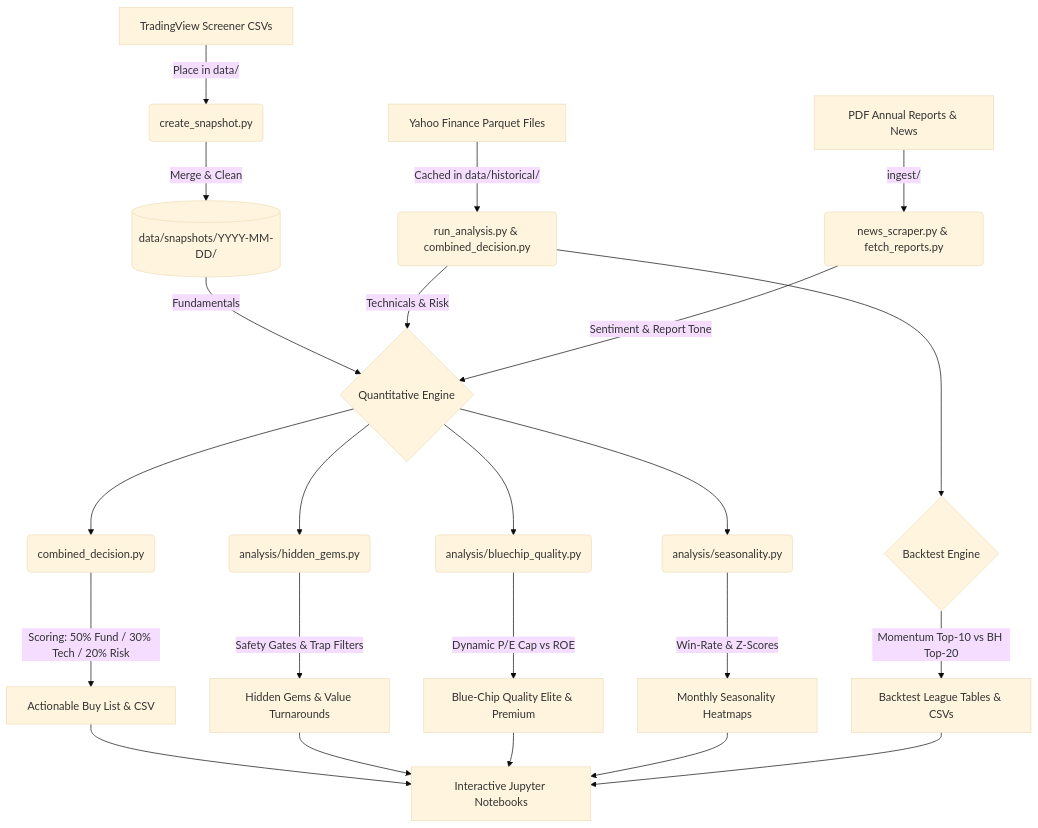
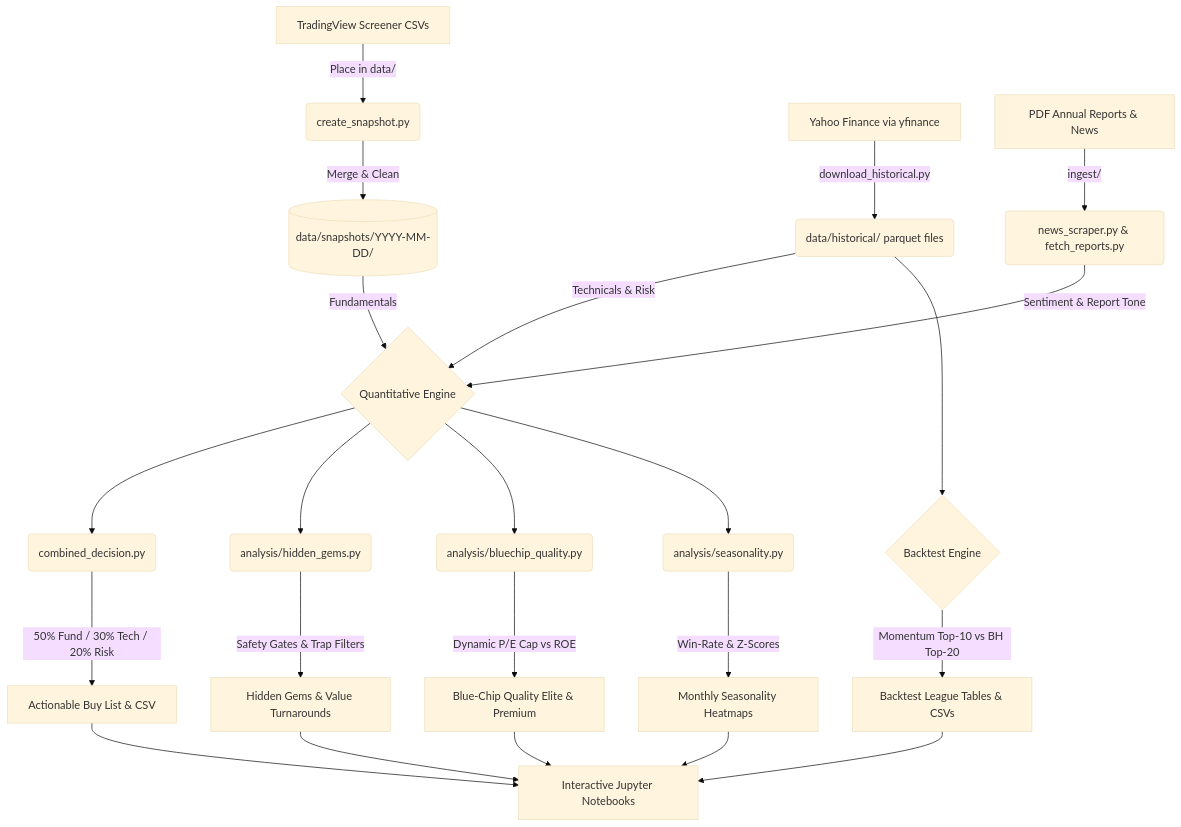
One commit to miztachristian/South-African-Stocks-System changed the diagram in README.md. Above: the diagram before and after it, drawn with Mermaid (base theme). The commit also changed other lines of this file, not shown here.

````diff
--- a/README.md
+++ b/README.md
@@ -13,27 +17,26 @@
 ```mermaid
 graph TD
     A1[TradingView Screener CSVs] -->|Place in data/| B1(create_snapshot.py)
-    A2[Yahoo Finance Parquet Files] -->|Cached in data/historical/| B2(run_analysis.py & combined_decision.py)
+    A2[Yahoo Finance via yfinance] -->|download_historical.py| B2(data/historical/ parquet files)
     A3[PDF Annual Reports & News] -->|ingest/| B3(news_scraper.py & fetch_reports.py)
-    
+
+    B2 -->|Technicals & Risk| D1{Quantitative Engine}
     B1 -->|Merge & Clean| C1[(data/snapshots/YYYY-MM-DD/)]
-    
-    C1 -->|Fundamentals| D1{Quantitative Engine}
-    B2 -->|Technicals & Risk| D1
+    C1 -->|Fundamentals| D1
     B3 -->|Sentiment & Report Tone| D1
-    
+
     D1 --> E1(combined_decision.py)
     D1 --> E2(analysis/hidden_gems.py)
     D1 --> E3(analysis/bluechip_quality.py)
     D1 --> E4(analysis/seasonality.py)
-    
-    E1 -->|Scoring: 50% Fund / 30% Tech / 20% Risk| F1[Actionable Buy List & CSV]
+
+    E1 -->|50% Fund / 30% Tech / 20% Risk| F1[Actionable Buy List & CSV]
     E2 -->|Safety Gates & Trap Filters| F2[Hidden Gems & Value Turnarounds]
     E3 -->|Dynamic P/E Cap vs ROE| F3[Blue-Chip Quality Elite & Premium]
     E4 -->|Win-Rate & Z-Scores| F4[Monthly Seasonality Heatmaps]
-    
+
     B2 --> D2{Backtest Engine}
     D2 -->|Momentum Top-10 vs BH Top-20| G1[Backtest League Tables & CSVs]
-    
+
     F1 & F2 & F3 & F4 & G1 --> H1[Interactive Jupyter Notebooks]
 ```
````
